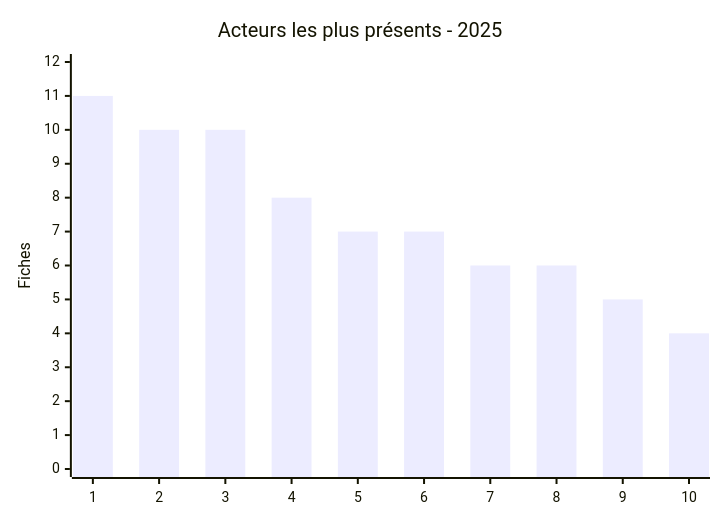
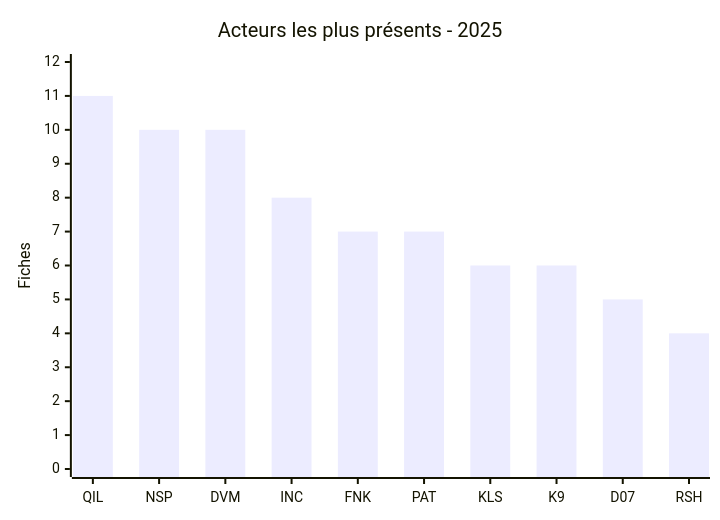
The seventh of 7 diagrams in CyberAttackAfrica/2025/README_FR.md (Hatchepsoute/AFRINTEL), drawn with Mermaid before and after one commit. The commit also changed other lines of this file and 112 other files, not shown here.

````diff
--- a/CyberAttackAfrica/2025/README_FR.md
+++ b/CyberAttackAfrica/2025/README_FR.md
@@ -230,7 +305,7 @@
 ```mermaid
 xychart-beta
     title "Acteurs les plus présents - 2025"
-    x-axis ["1","2","3","4","5","6","7","8","9","10"]
+    x-axis ["QIL","NSP","DVM","INC","FNK","PAT","KLS","K9","D07","RSH"]
     y-axis "Fiches" 0 --> 12
     bar [11,10,10,8,7,7,6,6,5,4]
 ```
````
